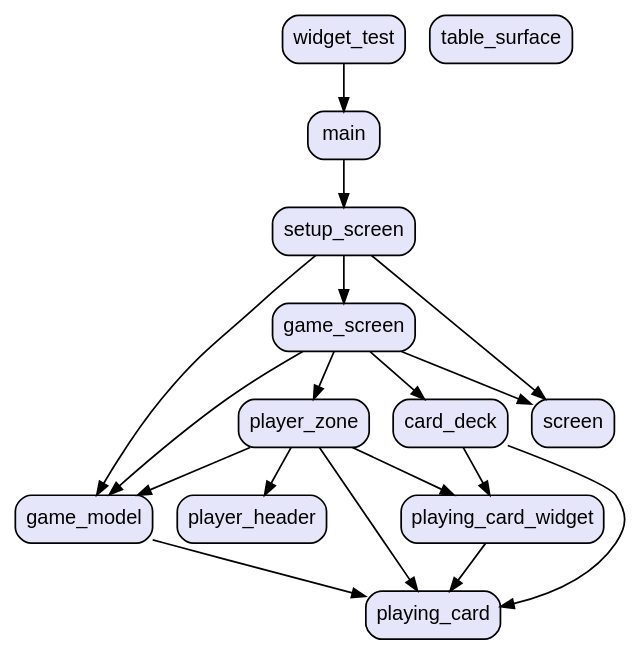
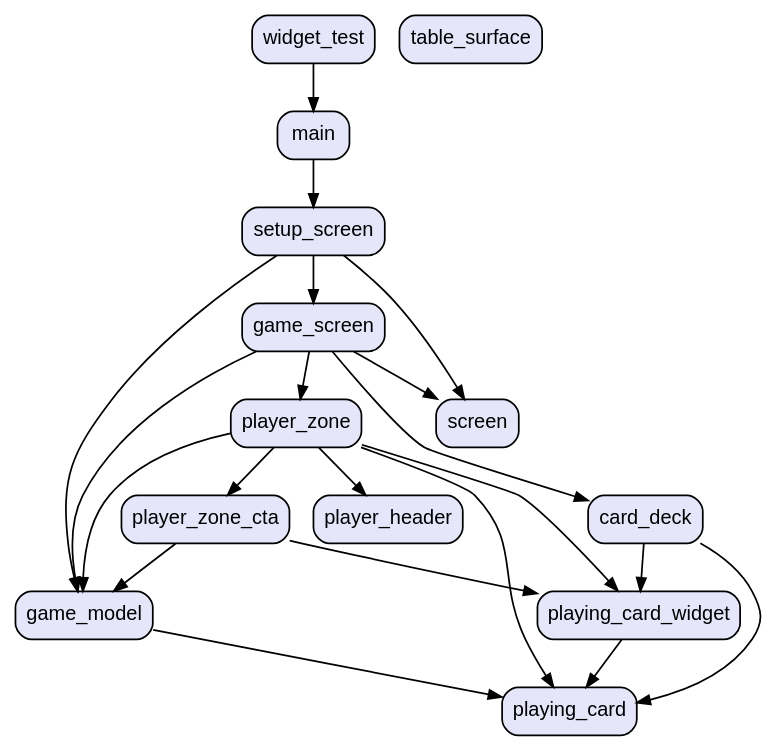
The diagram in graph.dot (vteam-com/Cards), drawn with Graphviz before and after one commit. The commit also changed 4 other files, not shown here.

Commit message:
PlayerZone CTA

```diff
--- a/graph.dot
+++ b/graph.dot
@@ -1,34 +1,38 @@
 digraph "" {
   graph [style=rounded fontname="Arial Black" fontsize=13 penwidth=2.6];
   node [shape=rect style="filled,rounded" fontname=Arial fontsize=15 fillcolor=Lavender penwidth=1.3];
   edge [penwidth=1.3];
   "/lib/game_model.dart" [label="game_model"];
   "/lib/main.dart" [label="main"];
   "/lib/screens/game_screen.dart" [label="game_screen"];
   "/lib/screens/setup_screen.dart" [label="setup_screen"];
   "/lib/widgets/card_deck.dart" [label="card_deck"];
   "/lib/widgets/player_header.dart" [label="player_header"];
   "/lib/widgets/player_zone.dart" [label="player_zone"];
+  "/lib/widgets/player_zone_cta.dart" [label="player_zone_cta"];
   "/lib/widgets/playing_card.dart" [label="playing_card"];
   "/lib/widgets/playing_card_widget.dart" [label="playing_card_widget"];
   "/lib/widgets/screen.dart" [label="screen"];
   "/lib/widgets/table_surface.dart" [label="table_surface"];
   "/test/widget_test.dart" [label="widget_test"];
   "/lib/game_model.dart" -> "/lib/widgets/playing_card.dart";
   "/lib/main.dart" -> "/lib/screens/setup_screen.dart";
   "/lib/screens/game_screen.dart" -> "/lib/widgets/card_deck.dart";
   "/lib/screens/game_screen.dart" -> "/lib/widgets/player_zone.dart";
   "/lib/screens/game_screen.dart" -> "/lib/widgets/screen.dart";
   "/lib/screens/game_screen.dart" -> "/lib/game_model.dart";
   "/lib/screens/setup_screen.dart" -> "/lib/game_model.dart";
   "/lib/screens/setup_screen.dart" -> "/lib/screens/game_screen.dart";
   "/lib/screens/setup_screen.dart" -> "/lib/widgets/screen.dart";
   "/lib/widgets/card_deck.dart" -> "/lib/widgets/playing_card.dart";
   "/lib/widgets/card_deck.dart" -> "/lib/widgets/playing_card_widget.dart";
   "/lib/widgets/player_zone.dart" -> "/lib/game_model.dart";
   "/lib/widgets/player_zone.dart" -> "/lib/widgets/player_header.dart";
+  "/lib/widgets/player_zone.dart" -> "/lib/widgets/player_zone_cta.dart";
   "/lib/widgets/player_zone.dart" -> "/lib/widgets/playing_card.dart";
   "/lib/widgets/player_zone.dart" -> "/lib/widgets/playing_card_widget.dart";
+  "/lib/widgets/player_zone_cta.dart" -> "/lib/game_model.dart";
+  "/lib/widgets/player_zone_cta.dart" -> "/lib/widgets/playing_card_widget.dart";
   "/lib/widgets/playing_card_widget.dart" -> "/lib/widgets/playing_card.dart";
   "/test/widget_test.dart" -> "/lib/main.dart";
 }
```
